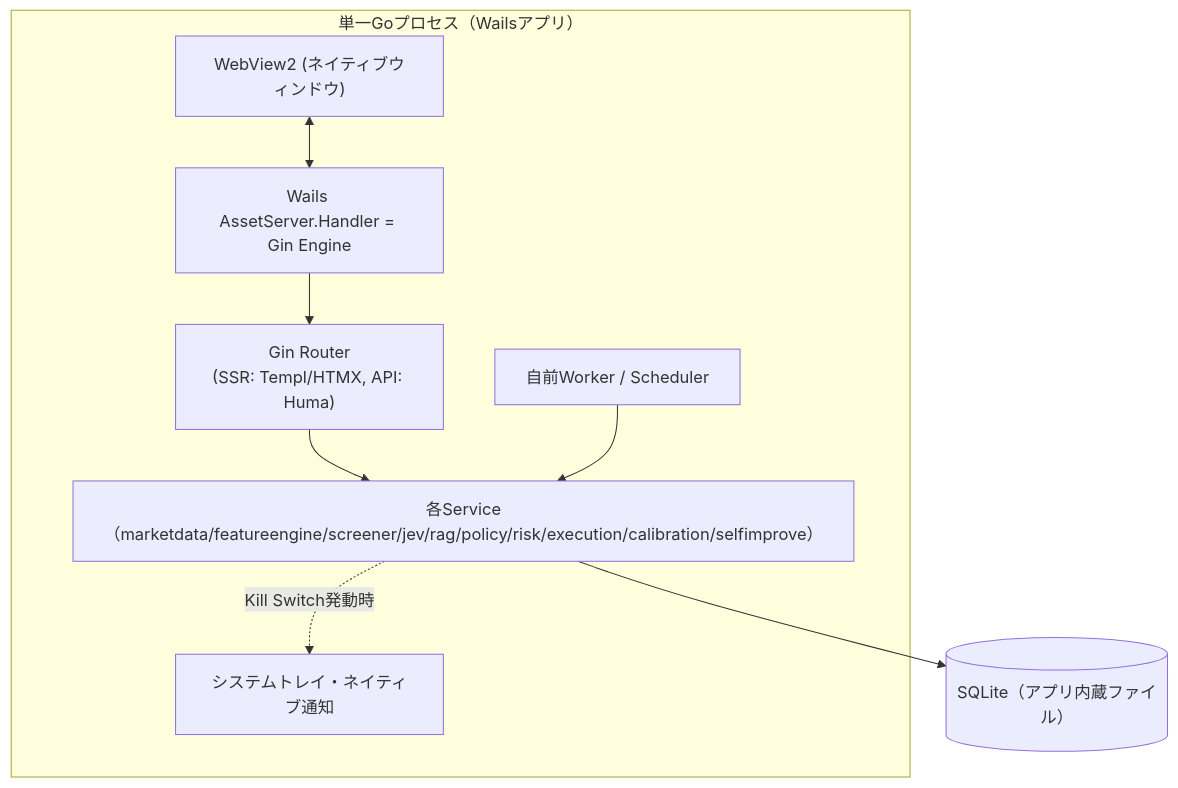
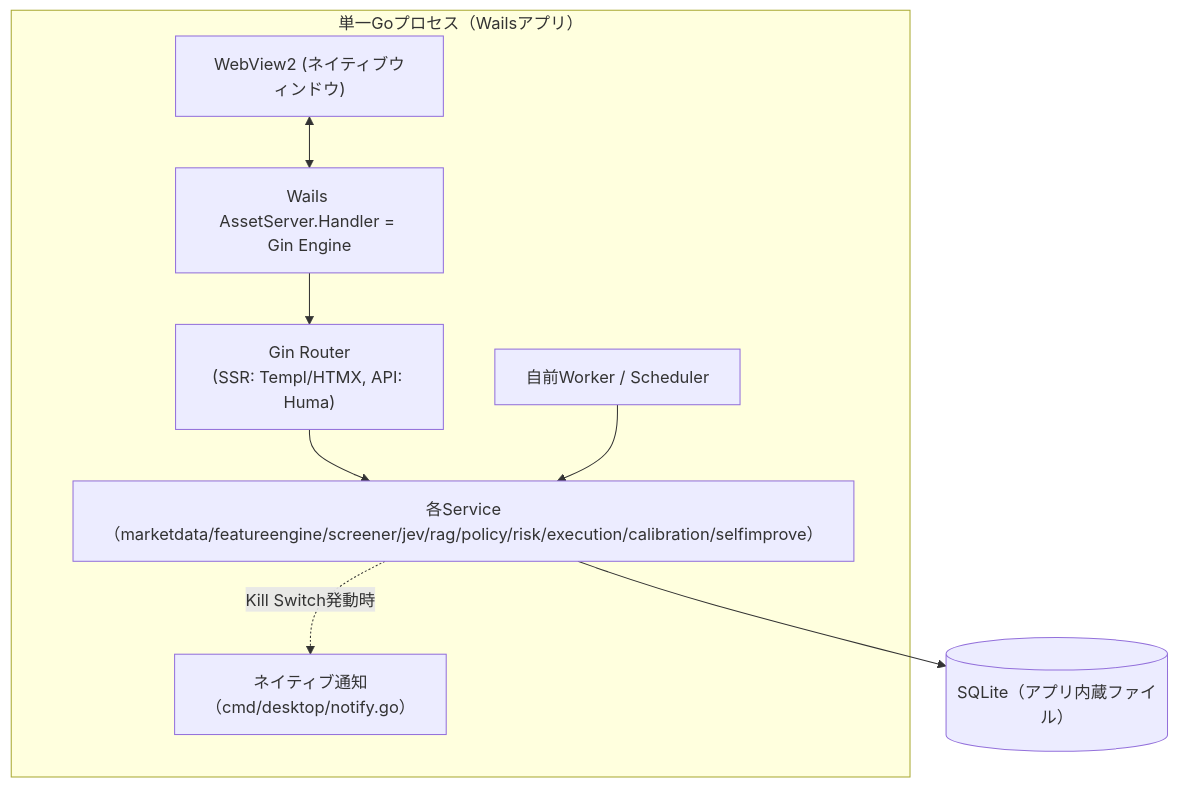
One commit to ousiassllc/pitha-trador changed the third of 4 diagrams in docs/architecture/overview/integrations.md. Above: the diagram before and after it, drawn with Mermaid. The commit also changed other lines of this file and 9 other files, not shown here.

````diff
--- a/docs/architecture/overview/integrations.md
+++ b/docs/architecture/overview/integrations.md
@@ -89,17 +89,17 @@
 ```mermaid
 graph TD
     subgraph Process["単一Goプロセス（Wailsアプリ）"]
         WV["WebView2 (ネイティブウィンドウ)"]
         AS["Wails AssetServer.Handler = Gin Engine"]
         GIN["Gin Router\n(SSR: Templ/HTMX, API: Huma)"]
         SCHED["自前Worker / Scheduler"]
         SVC["各Service（marketdata/featureengine/screener/jev/rag/policy/risk/execution/calibration/selfimprove）"]
-        TRAY["システムトレイ・ネイティブ通知"]
+        TRAY["ネイティブ通知（cmd/desktop/notify.go）"]
     end
     WV <--> AS
     AS --> GIN
     GIN --> SVC
     SCHED --> SVC
     SVC -.Kill Switch発動時.-> TRAY
     SVC --> SQLITE[("SQLite（アプリ内蔵ファイル）")]
 ```
````
